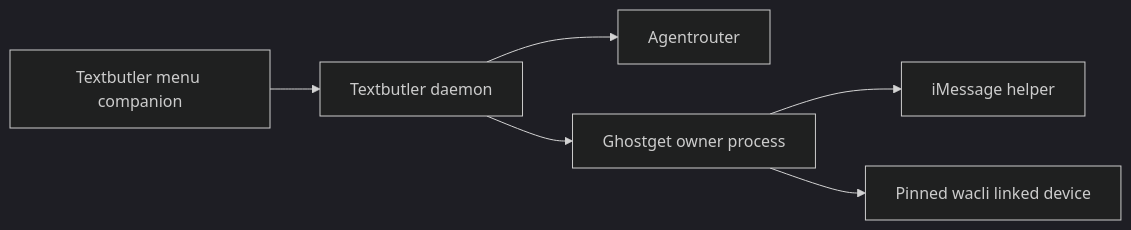
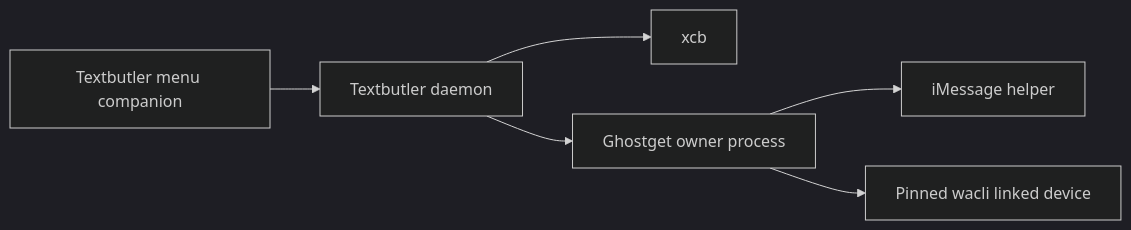
One commit to hraness/textbutler changed the diagram in docs/textbutler/whatsapp.md. Above: the diagram before and after it, drawn with Mermaid (dark theme). The commit also changed 32 other files, not shown here.

````diff
--- a/docs/textbutler/whatsapp.md
+++ b/docs/textbutler/whatsapp.md
@@ -8,8 +8,8 @@
 ```mermaid
 flowchart LR
   App[Textbutler menu companion] --> Butler[Textbutler daemon]
-  Butler --> Agents[Agentrouter]
+  Butler --> Xcb[xcb]
   Butler --> Ghostget[Ghostget owner process]
   Ghostget --> Messages[iMessage helper]
   Ghostget --> WhatsApp[Pinned wacli linked device]
 ```
````
